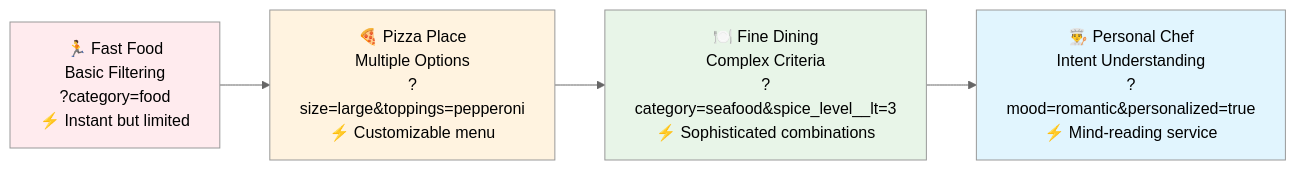
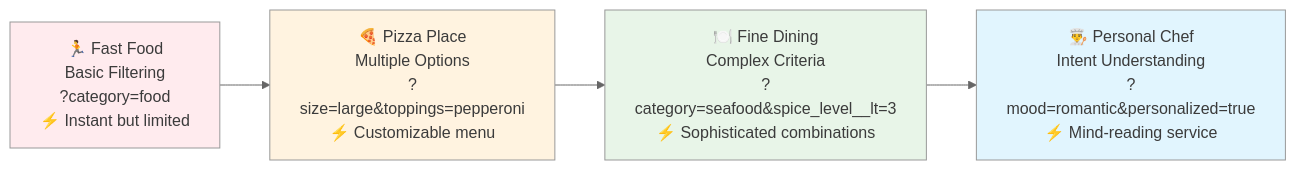
One commit to ridwanspace/restful-fastapi-guideline changed the third of 6 diagrams in app/docs/03_intermediate/01-filtering-searching/page.mdx. Above: the diagram before and after it, drawn with Mermaid (neutral theme). The commit also changed other lines of this file and 13 other files, not shown here.

First line of the commit message:
💄 style(docs): improve readability of diagrams

````diff
--- a/app/docs/03_intermediate/01-filtering-searching/page.mdx
+++ b/app/docs/03_intermediate/01-filtering-searching/page.mdx
@@ -92,14 +92,14 @@
 ```mermaid
 graph LR
     A["🏃 Fast Food<br/>Basic Filtering<br/>?category=food<br/>⚡ Instant but limited"] 
     B["🍕 Pizza Place<br/>Multiple Options<br/>?size=large&toppings=pepperoni<br/>⚡ Customizable menu"]
     C["🍽️ Fine Dining<br/>Complex Criteria<br/>?category=seafood&spice_level__lt=3<br/>⚡ Sophisticated combinations"]
     D["👨‍🍳 Personal Chef<br/>Intent Understanding<br/>?mood=romantic&personalized=true<br/>⚡ Mind-reading service"]
     
     A --> B --> C --> D
     
-    style A fill:#ffebee
-    style B fill:#fff3e0
-    style C fill:#e8f5e8
-    style D fill:#e1f5fe
+    style A fill:#ffebee,color:#3b3b3b
+    style B fill:#fff3e0,color:#3b3b3b
+    style C fill:#e8f5e8,color:#3b3b3b
+    style D fill:#e1f5fe,color:#3b3b3b
 ```
````
